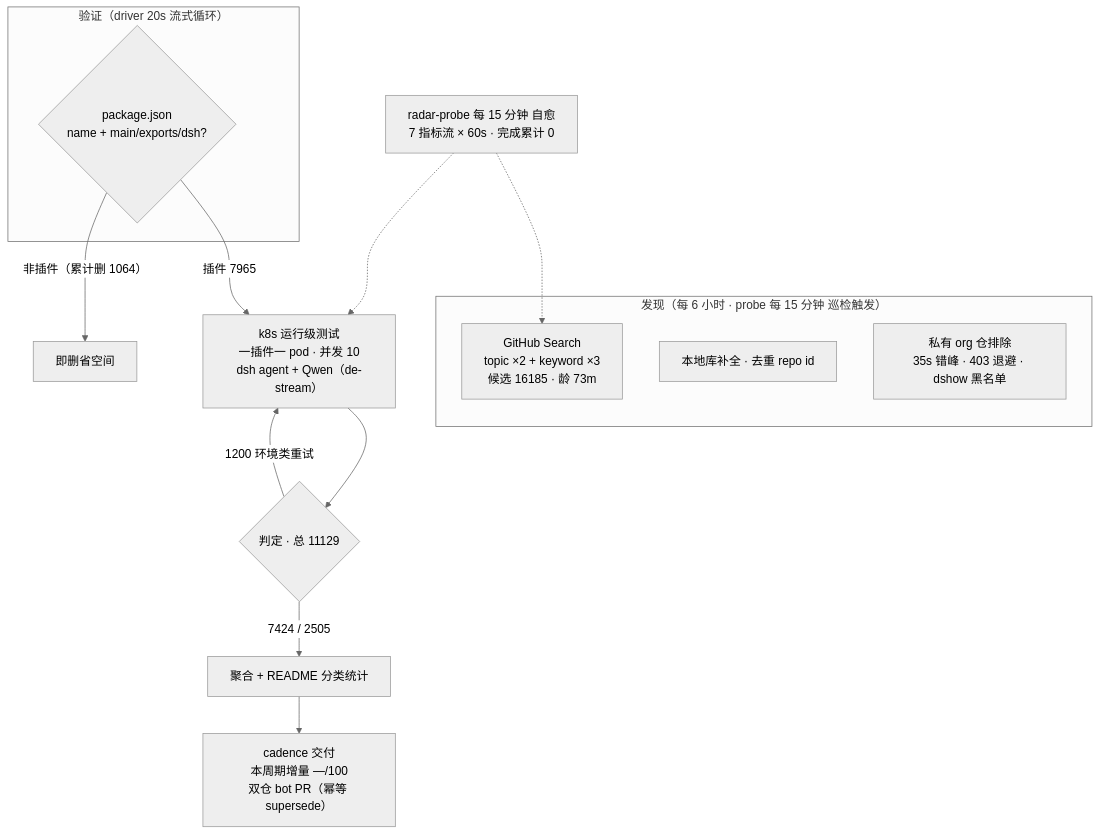
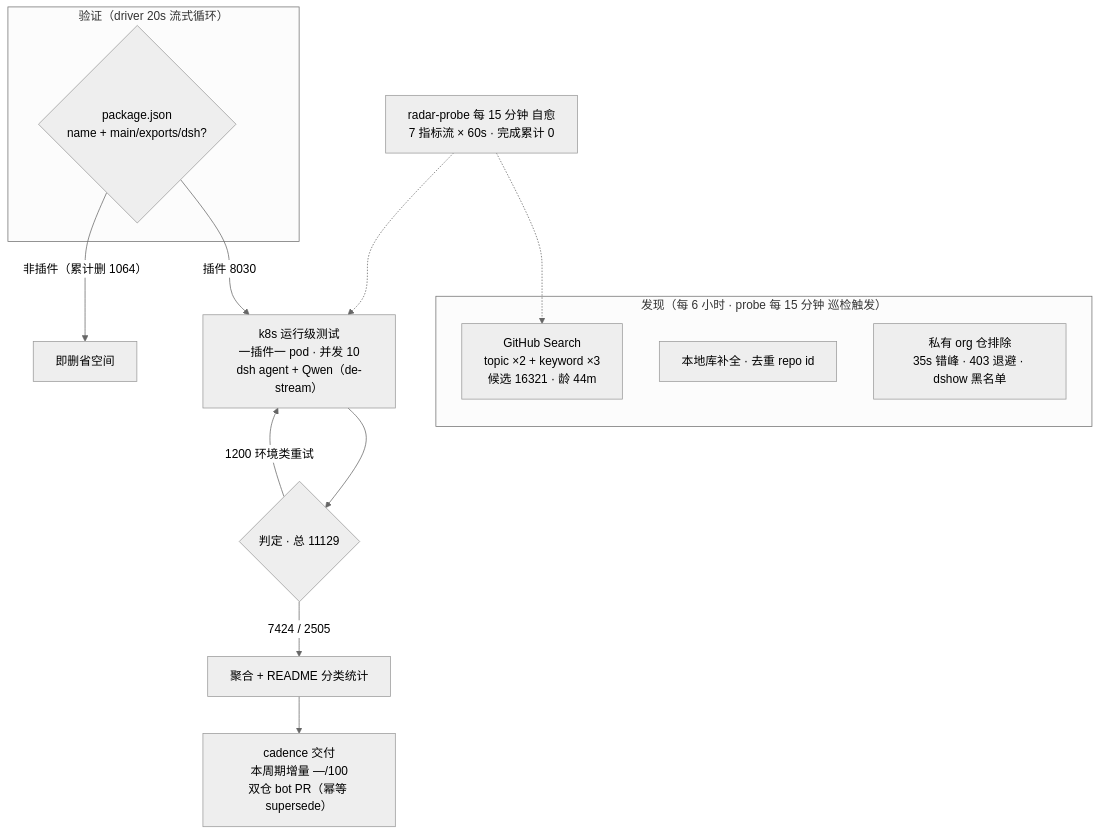
The diagram in README.md (Zhidao-Lab-OSS/awesome-dsh-plugins), drawn with Mermaid (neutral theme) before and after one commit. The commit also changed other lines of this file and 1 other file, not shown here.

````diff
--- a/README.md
+++ b/README.md
@@ -52,20 +52,20 @@
 ```mermaid
 flowchart TB
     subgraph Discovery["发现（每 6 小时 · probe 每 15 分钟 巡检触发）"]
-        A1["GitHub Search<br/>topic ×2 + keyword ×3<br/>候选 16185 · 龄 73m"]
+        A1["GitHub Search<br/>topic ×2 + keyword ×3<br/>候选 16321 · 龄 44m"]
         A2["本地库补全 · 去重 repo id"]
         A3["私有 org 仓排除<br/>35s 错峰 · 403 退避 · dshow 黑名单"]
     end
     subgraph Validation["验证（driver 20s 流式循环）"]
         B1{"package.json<br/>name + main/exports/dsh?"}
     end
-    B1 -->|"插件 7965"| C1["k8s 运行级测试<br/>一插件一 pod · 并发 10<br/>dsh agent + Qwen（de-stream）"]
+    B1 -->|"插件 8030"| C1["k8s 运行级测试<br/>一插件一 pod · 并发 10<br/>dsh agent + Qwen（de-stream）"]
     B1 -->|"非插件（累计删 1064）"| B3["即删省空间"]
     C1 --> D1{"判定 · 总 11129"}
     D1 -->|"7424 / 2505"| E1["聚合 + README 分类统计"]
     D1 -->|"1200 环境类重试"| C1
     E1 --> E2["cadence 交付<br/>本周期增量 —/100<br/>双仓 bot PR（幂等 supersede）"]
     M["radar-probe 每 15 分钟 自愈<br/>7 指标流 × 60s · 完成累计 0"]
     M -.-> A1
     M -.-> C1
 ```
````
